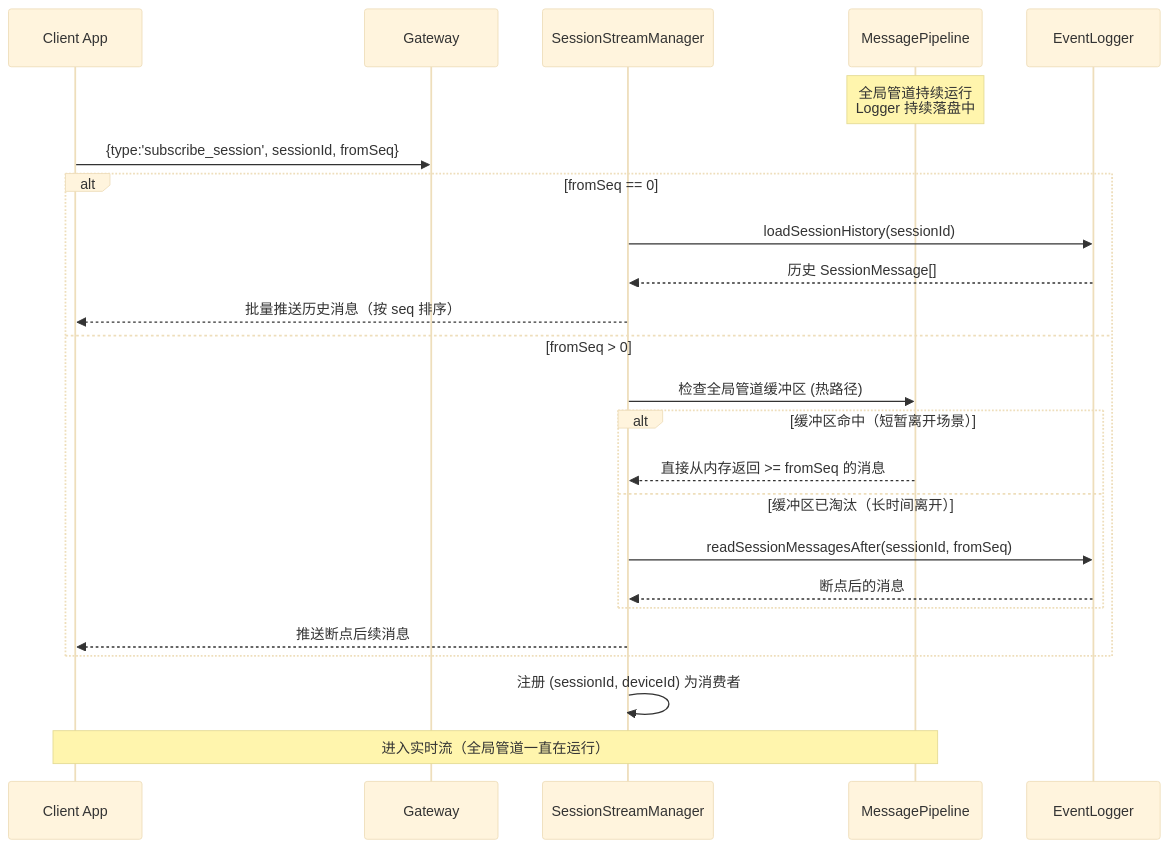
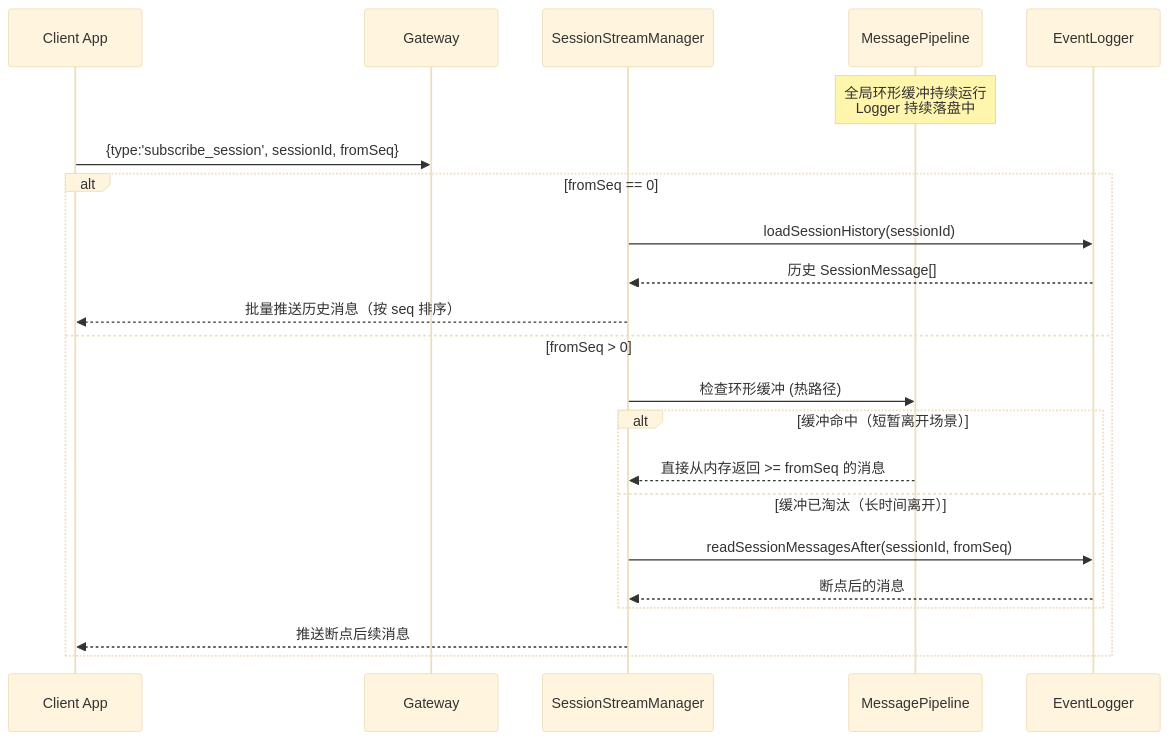
The tenth of 10 diagrams in docs/transcript-tailer-architecture.md (Menfre01/mypilot), drawn with Mermaid (base theme) before and after one commit. The commit also changed other lines of this file and 25 other files, not shown here.

````diff
--- a/docs/transcript-tailer-architecture.md
+++ b/docs/transcript-tailer-architecture.md
@@ -688,30 +577,27 @@
 ```mermaid
 sequenceDiagram
     participant APP as Client App
     participant GW as Gateway
     participant SSM as SessionStreamManager
     participant PL as MessagePipeline
     participant EL as EventLogger
 
-    Note over PL: 全局管道持续运行<br/>Logger 持续落盘中
+    Note over PL: 全局环形缓冲持续运行<br/>Logger 持续落盘中
 
     APP->>GW: {type:'subscribe_session', sessionId, fromSeq}
 
     alt fromSeq == 0
         SSM->>EL: loadSessionHistory(sessionId)
         EL-->>SSM: 历史 SessionMessage[]
         SSM-->>APP: 批量推送历史消息（按 seq 排序）
     else fromSeq > 0
-        SSM->>PL: 检查全局管道缓冲区 (热路径)
-        alt 缓冲区命中（短暂离开场景）
+        SSM->>PL: 检查环形缓冲 (热路径)
+        alt 缓冲命中（短暂离开场景）
             PL-->>SSM: 直接从内存返回 >= fromSeq 的消息
-        else 缓冲区已淘汰（长时间离开）
+        else 缓冲已淘汰（长时间离开）
             SSM->>EL: readSessionMessagesAfter(sessionId, fromSeq)
             EL-->>SSM: 断点后的消息
         end
         SSM-->>APP: 推送断点后续消息
     end
-
-    SSM->>SSM: 注册 (sessionId, deviceId) 为消费者
-    Note over APP,PL: 进入实时流（全局管道一直在运行）
 ```
````
